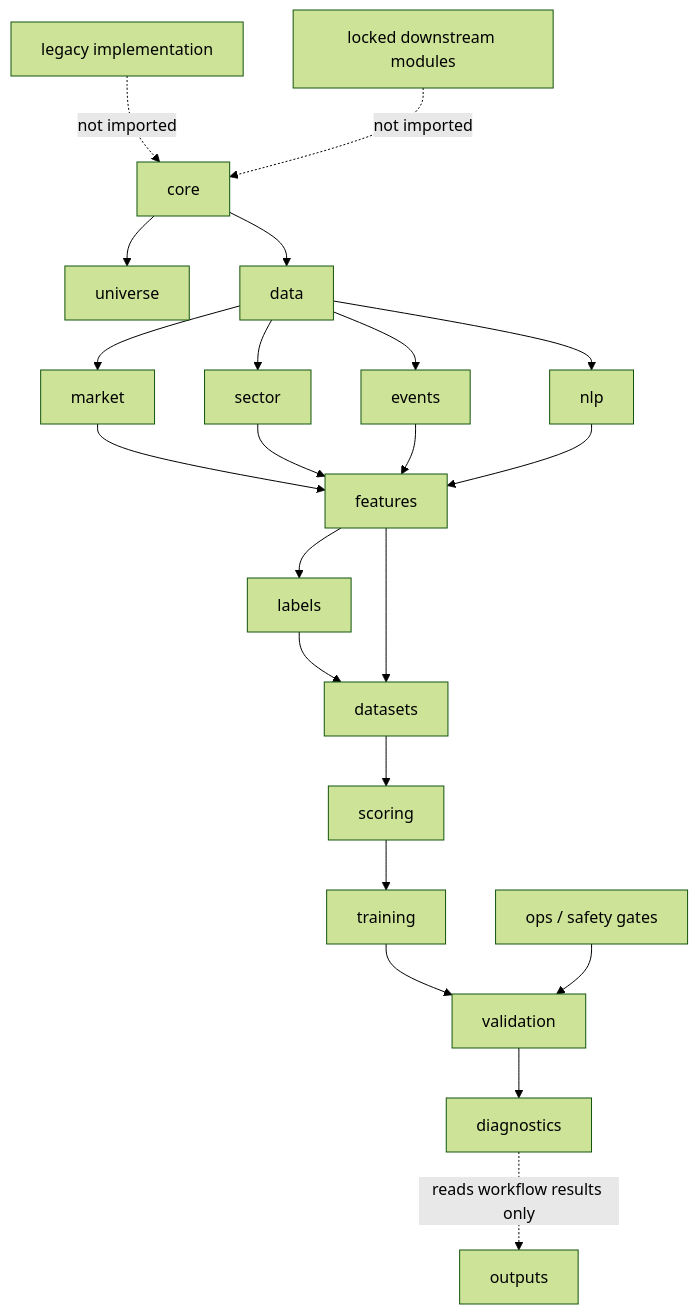
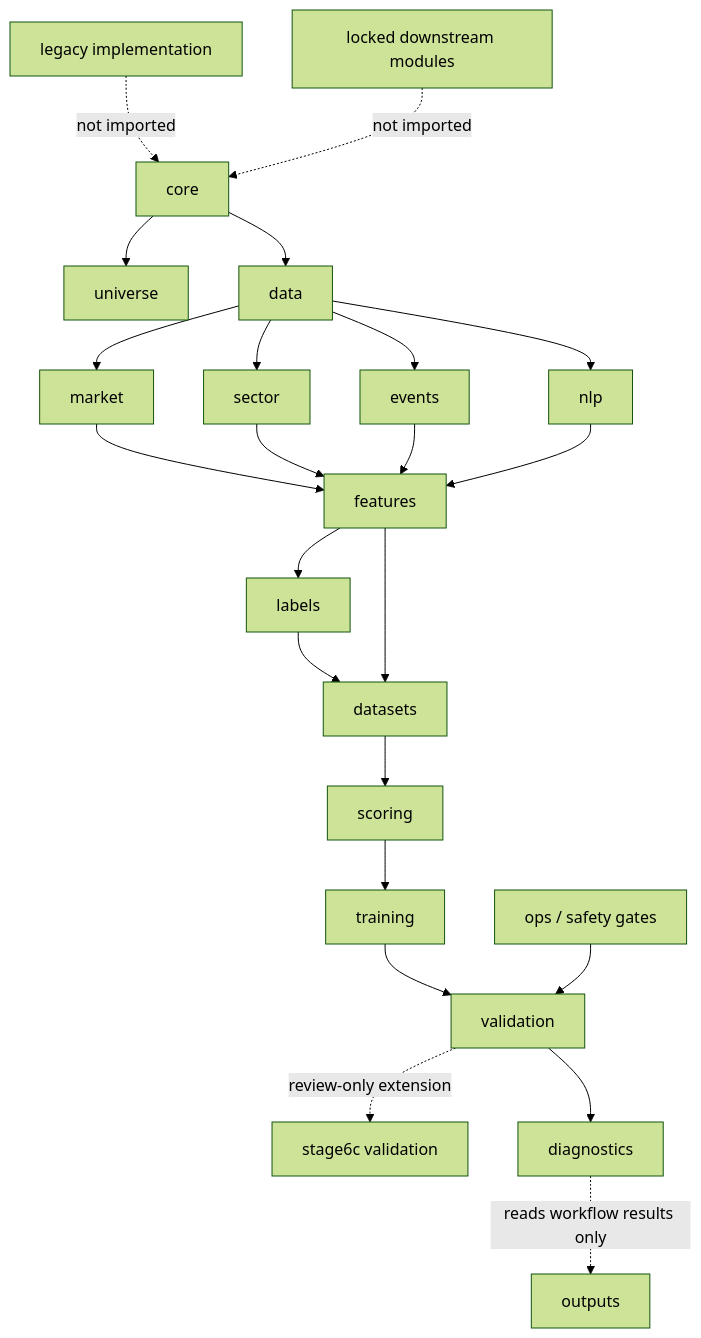
Before and after one commit to RyanLu0203/A_share_premarket_core: the third of 3 diagrams in docs/architecture/ACTIVE_WORKFLOW_THROUGH_GOAL06B.md, drawn with Mermaid (forest theme). The commit also changed other lines of this file and 65 other files, not shown here.

Commit message:
Add GOAL-06C review-only validation gate

````diff
--- a/docs/architecture/ACTIVE_WORKFLOW_THROUGH_GOAL06B.md
+++ b/docs/architecture/ACTIVE_WORKFLOW_THROUGH_GOAL06B.md
@@ -28,24 +44,25 @@
 ```mermaid
 flowchart TD
     Core["core"] --> Universe["universe"]
     Core --> Data["data"]
     Data --> Market["market"]
     Data --> Sector["sector"]
     Data --> Events["events"]
     Data --> NLP["nlp"]
     Market --> Features["features"]
     Sector --> Features
     Events --> Features
     NLP --> Features
     Features --> Labels["labels"]
     Labels --> Datasets["datasets"]
     Features --> Datasets
     Datasets --> Scoring["scoring"]
     Scoring --> Training["training"]
     Training --> Validation["validation"]
+    Validation -. "review-only extension" .-> Stage6C["stage6c validation"]
     Validation --> Diagnostics["diagnostics"]
     Ops["ops / safety gates"] --> Validation
     Diagnostics -. "reads workflow results only" .-> Outputs["outputs"]
     Legacy["legacy implementation"] -. "not imported" .-> Core
     Locked["locked downstream modules"] -. "not imported" .-> Core
 ```
````
